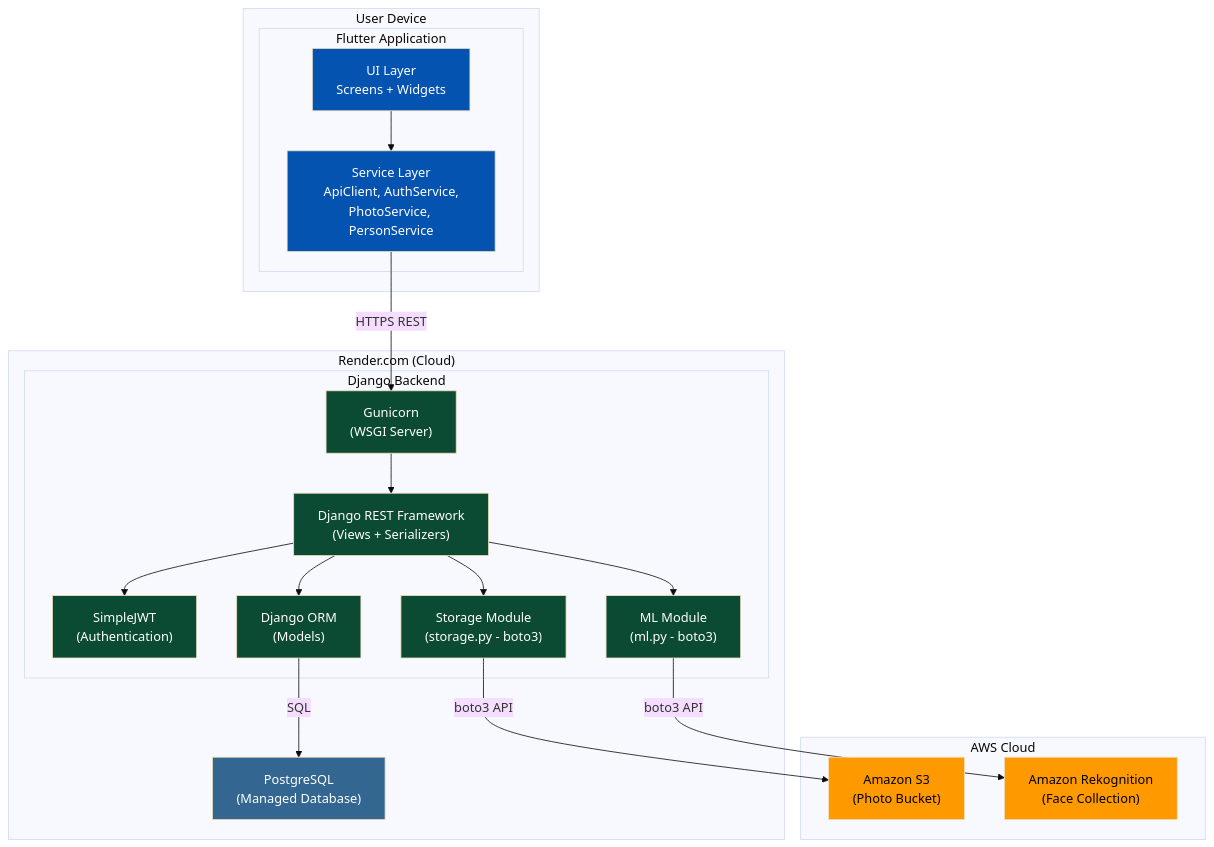
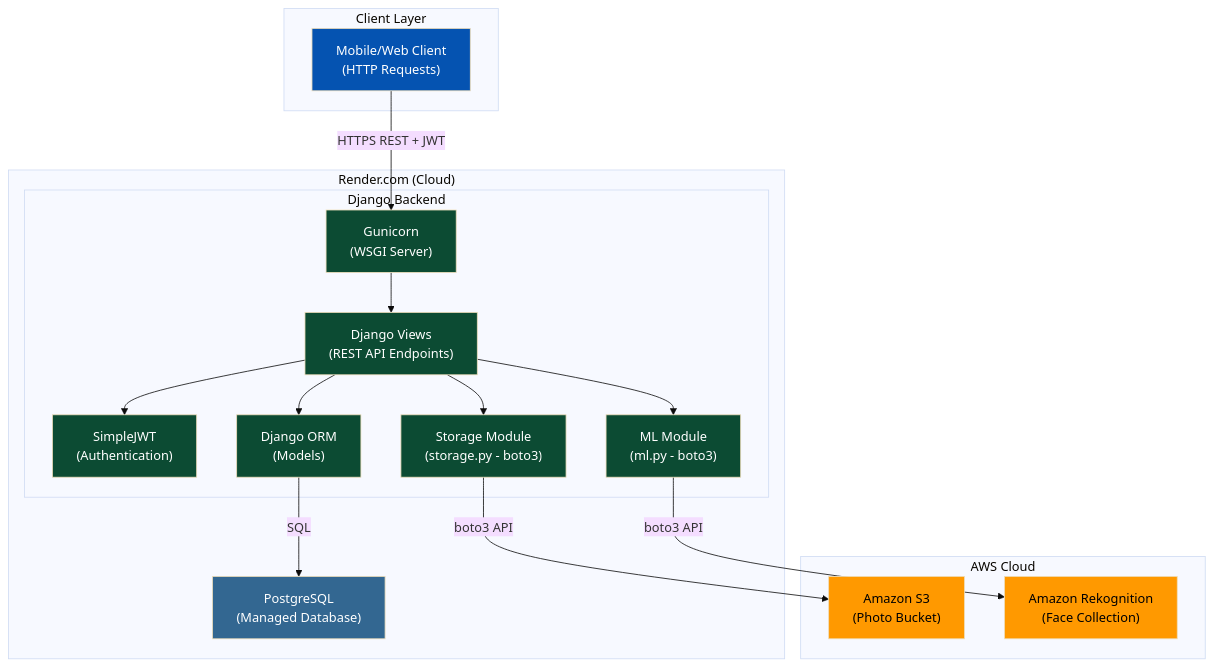
Before and after one commit to sudols/photo-sense: the diagram in docs/uml/component-architecture.mmd, drawn with Mermaid (base theme). The commit also changed 77 other files, not shown here.

```diff
--- a/docs/uml/component-architecture.mmd
+++ b/docs/uml/component-architecture.mmd
@@ -1,47 +1,42 @@
 graph TB
-    subgraph "User Device"
-        subgraph "Flutter Application"
-            UI["UI Layer<br/>Screens + Widgets"]
-            SVC["Service Layer<br/>ApiClient, AuthService,<br/>PhotoService, PersonService"]
-        end
+    subgraph "Client Layer"
+        CLIENT["Mobile/Web Client<br/>(HTTP Requests)"]
     end
 
     subgraph "Render.com (Cloud)"
         subgraph "Django Backend"
             GUN["Gunicorn<br/>(WSGI Server)"]
-            DRF["Django REST Framework<br/>(Views + Serializers)"]
+            VIEWS["Django Views<br/>(REST API Endpoints)"]
             JWT["SimpleJWT<br/>(Authentication)"]
             ORM["Django ORM<br/>(Models)"]
             ML["ML Module<br/>(ml.py - boto3)"]
             STR["Storage Module<br/>(storage.py - boto3)"]
         end
         PG["PostgreSQL<br/>(Managed Database)"]
     end
 
     subgraph "AWS Cloud"
         S3["Amazon S3<br/>(Photo Bucket)"]
         RK["Amazon Rekognition<br/>(Face Collection)"]
     end
 
-    UI --> SVC
-    SVC -->|"HTTPS REST"| GUN
-    GUN --> DRF
-    DRF --> JWT
-    DRF --> ORM
-    DRF --> ML
-    DRF --> STR
+    CLIENT -->|"HTTPS REST + JWT"| GUN
+    GUN --> VIEWS
+    VIEWS --> JWT
+    VIEWS --> ORM
+    VIEWS --> ML
+    VIEWS --> STR
     ORM -->|"SQL"| PG
     ML -->|"boto3 API"| RK
     STR -->|"boto3 API"| S3
 
-    style UI fill:#0553B1,color:#fff
-    style SVC fill:#0553B1,color:#fff
+    style CLIENT fill:#0553B1,color:#fff
     style GUN fill:#0C4B33,color:#fff
-    style DRF fill:#0C4B33,color:#fff
+    style VIEWS fill:#0C4B33,color:#fff
     style JWT fill:#0C4B33,color:#fff
     style ORM fill:#0C4B33,color:#fff
     style ML fill:#0C4B33,color:#fff
     style STR fill:#0C4B33,color:#fff
     style PG fill:#336791,color:#fff
     style S3 fill:#FF9900,color:#000
     style RK fill:#FF9900,color:#000
```
